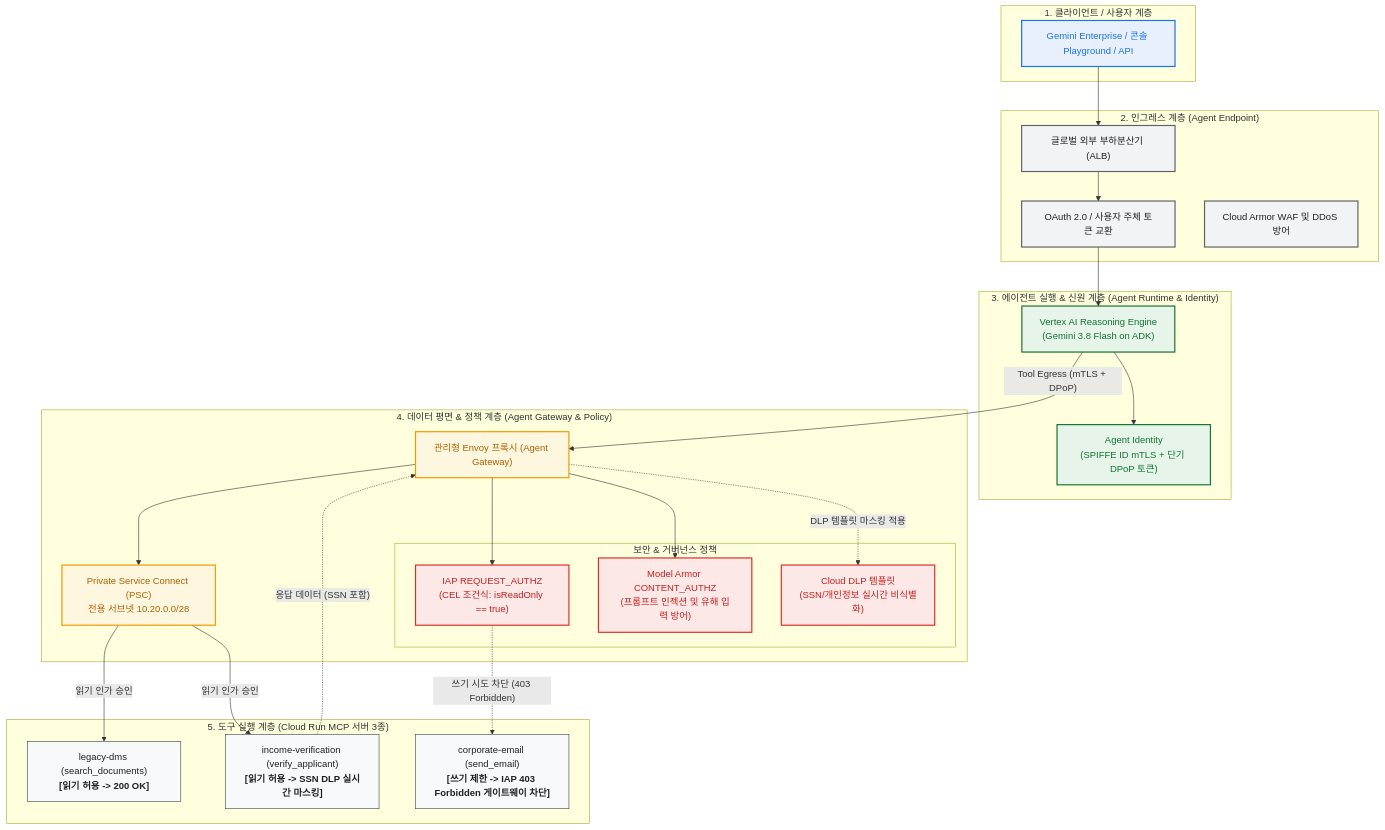
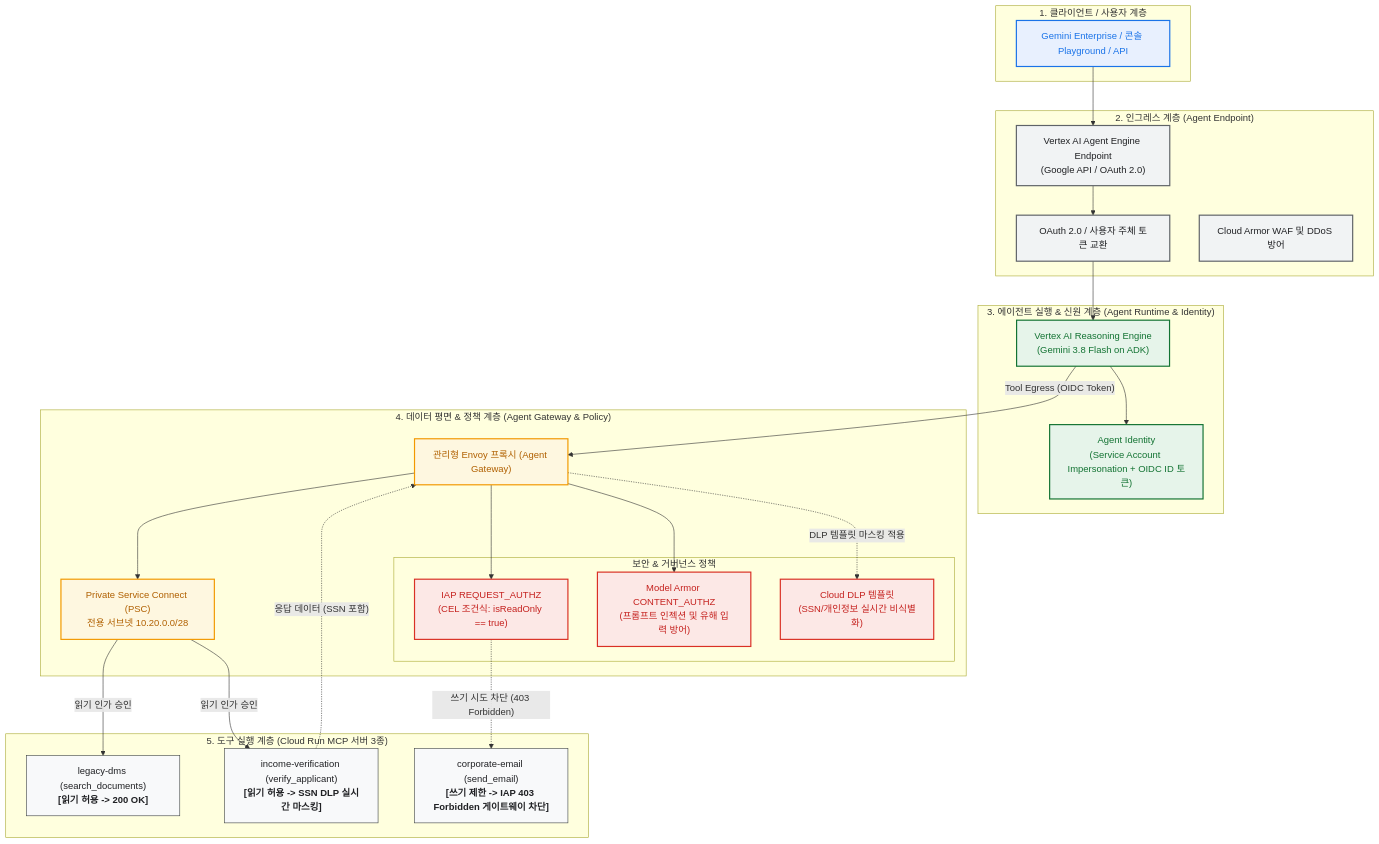
Before and after one commit to ddiger/gemini-enterprise-agent-engine: the diagram in docs/GCP_DEPLOYMENT_GUIDE.ko.md, drawn with Mermaid. The commit also changed other lines of this file and 11 other files, not shown here.

Commit message:
fix(review): commit example.tfvars, fix .gitignore, PEP 735 dependency groups, ground architecture docs, and enforce Tool Allowlist in IAP CEL

````diff
--- a/docs/GCP_DEPLOYMENT_GUIDE.ko.md
+++ b/docs/GCP_DEPLOYMENT_GUIDE.ko.md
@@ -11,58 +11,58 @@
 ```mermaid
 flowchart TD
     classDef client fill:#E8F0FE,stroke:#1A73E8,stroke-width:2px,color:#1A73E8;
     classDef ingress fill:#F1F3F4,stroke:#5F6368,stroke-width:2px,color:#202124;
     classDef runtime fill:#E6F4EA,stroke:#137333,stroke-width:2px,color:#137333;
     classDef gateway fill:#FEF7E0,stroke:#F29900,stroke-width:2px,color:#B06000;
     classDef policy fill:#FCE8E6,stroke:#D93025,stroke-width:2px,color:#C5221F;
     classDef backend fill:#F8F9FA,stroke:#3C4043,stroke-width:1px,color:#202124;
 
     subgraph CLIENT_LAYER["1. 클라이언트 / 사용자 계층"]
         Client["Gemini Enterprise / 콘솔 Playground / API"]:::client
     end
 
     subgraph INGRESS_LAYER["2. 인그레스 계층 (Agent Endpoint)"]
-        Endpoint["글로벌 외부 부하분산기 (ALB)"]:::ingress
+        Endpoint["Vertex AI Agent Engine Endpoint<br/>(Google API / OAuth 2.0)"]:::ingress
         OAuth["OAuth 2.0 / 사용자 주체 토큰 교환"]:::ingress
         CloudArmor["Cloud Armor WAF 및 DDoS 방어"]:::ingress
     end
 
     subgraph RUNTIME_LAYER["3. 에이전트 실행 & 신원 계층 (Agent Runtime & Identity)"]
         Runtime["Vertex AI Reasoning Engine<br/>(Gemini 3.8 Flash on ADK)"]:::runtime
-        Identity["Agent Identity<br/>(SPIFFE ID mTLS + 단기 DPoP 토큰)"]:::runtime
+        Identity["Agent Identity<br/>(Service Account Impersonation + OIDC ID 토큰)"]:::runtime
     end
 
     subgraph GATEWAY_LAYER["4. 데이터 평면 & 정책 계층 (Agent Gateway & Policy)"]
         Gateway["관리형 Envoy 프록시 (Agent Gateway)"]:::gateway
         PSC["Private Service Connect (PSC)<br/>전용 서브넷 10.20.0.0/28"]:::gateway
         
         subgraph POLICY_LAYER["보안 & 거버넌스 정책"]
             IAP["IAP REQUEST_AUTHZ<br/>(CEL 조건식: isReadOnly == true)"]:::policy
             ModelArmor["Model Armor CONTENT_AUTHZ<br/>(프롬프트 인젝션 및 유해 입력 방어)"]:::policy
             DLP["Cloud DLP 템플릿<br/>(SSN/개인정보 실시간 비식별화)"]:::policy
         end
     end
 
     subgraph BACKEND_LAYER["5. 도구 실행 계층 (Cloud Run MCP 서버 3종)"]
         DMS["legacy-dms (search_documents)<br/><b>[읽기 허용 -> 200 OK]</b>"]:::backend
         Payroll["income-verification (verify_applicant)<br/><b>[읽기 허용 -> SSN DLP 실시간 마스킹]</b>"]:::backend
         Email["corporate-email (send_email)<br/><b>[쓰기 제한 -> IAP 403 Forbidden 게이트웨이 차단]</b>"]:::backend
     end
 
     Client --> Endpoint
     Endpoint --> OAuth
     OAuth --> Runtime
     Runtime --> Identity
-    Runtime -->|"Tool Egress (mTLS + DPoP)"| Gateway
+    Runtime -->|"Tool Egress (OIDC Token)"| Gateway
 
     Gateway --> ModelArmor
     Gateway --> IAP
     Gateway --> PSC
     
     PSC -->|"읽기 인가 승인"| DMS
     PSC -->|"읽기 인가 승인"| Payroll
     Payroll -.->|"응답 데이터 (SSN 포함)"| Gateway
     Gateway -.->|"DLP 템플릿 마스킹 적용"| DLP
     
     IAP -.->|"쓰기 시도 차단 (403 Forbidden)"| Email
 ```
````
